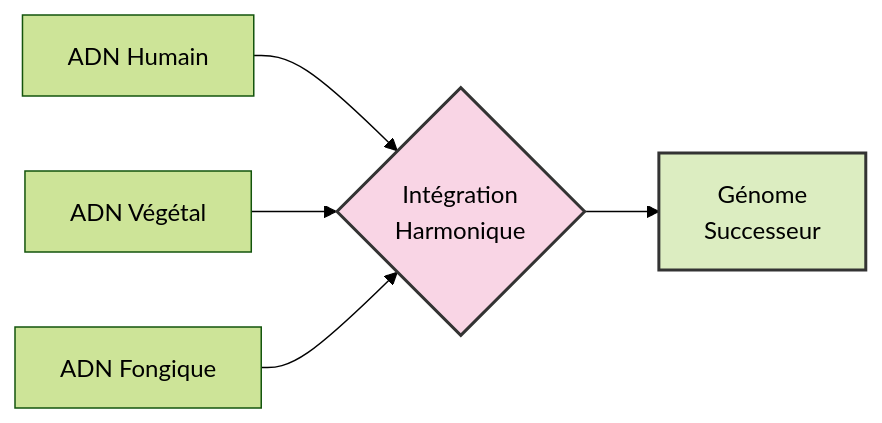
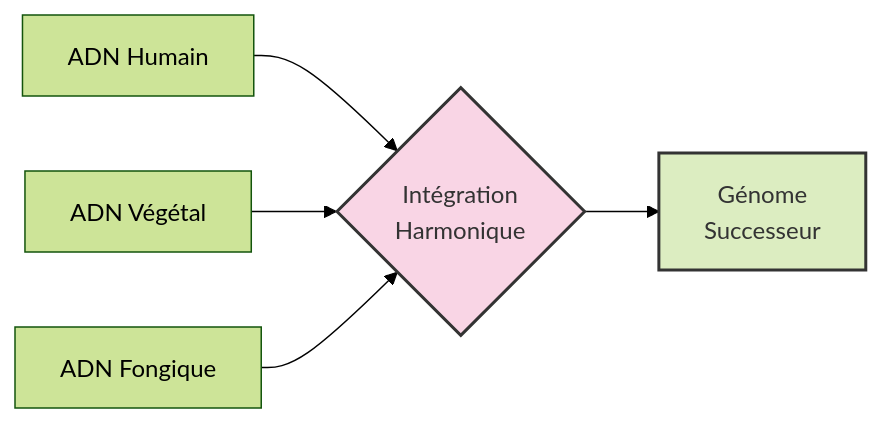
The fourth of 17 diagrams in Les Successeurs/Les Successeurs v5.md (olivierlevy/Livres), drawn with Mermaid (forest theme) before and after one commit. The commit also changed other lines of this file, not shown here.

Commit message:
améliore le contraste des diagrammes

````diff
--- a/Les Successeurs/Les Successeurs v5.md
+++ b/Les Successeurs/Les Successeurs v5.md
@@ -166,9 +166,9 @@
 ```mermaid
 graph LR
     A[ADN Humain] --> B{Intégration<br>Harmonique}
     C[ADN Végétal] --> B
     D[ADN Fongique] --> B
     B --> E[Génome<br>Successeur]
-    style B fill:#f9d5e5,stroke:#333,stroke-width:2px
-    style E fill:#dcedc1,stroke:#333,stroke-width:2px
+    style B fill:#f9d5e5,stroke:#333,stroke-width:2px,color:#333
+    style E fill:#dcedc1,stroke:#333,stroke-width:2px,color:#333
 ```
````
